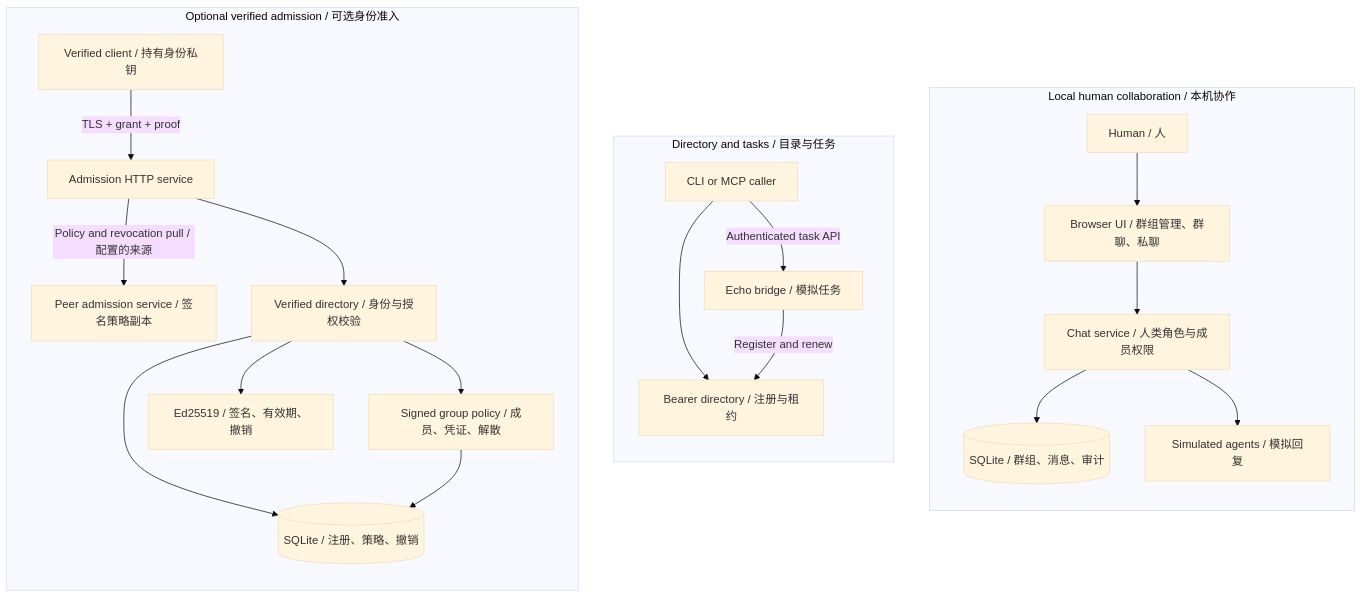
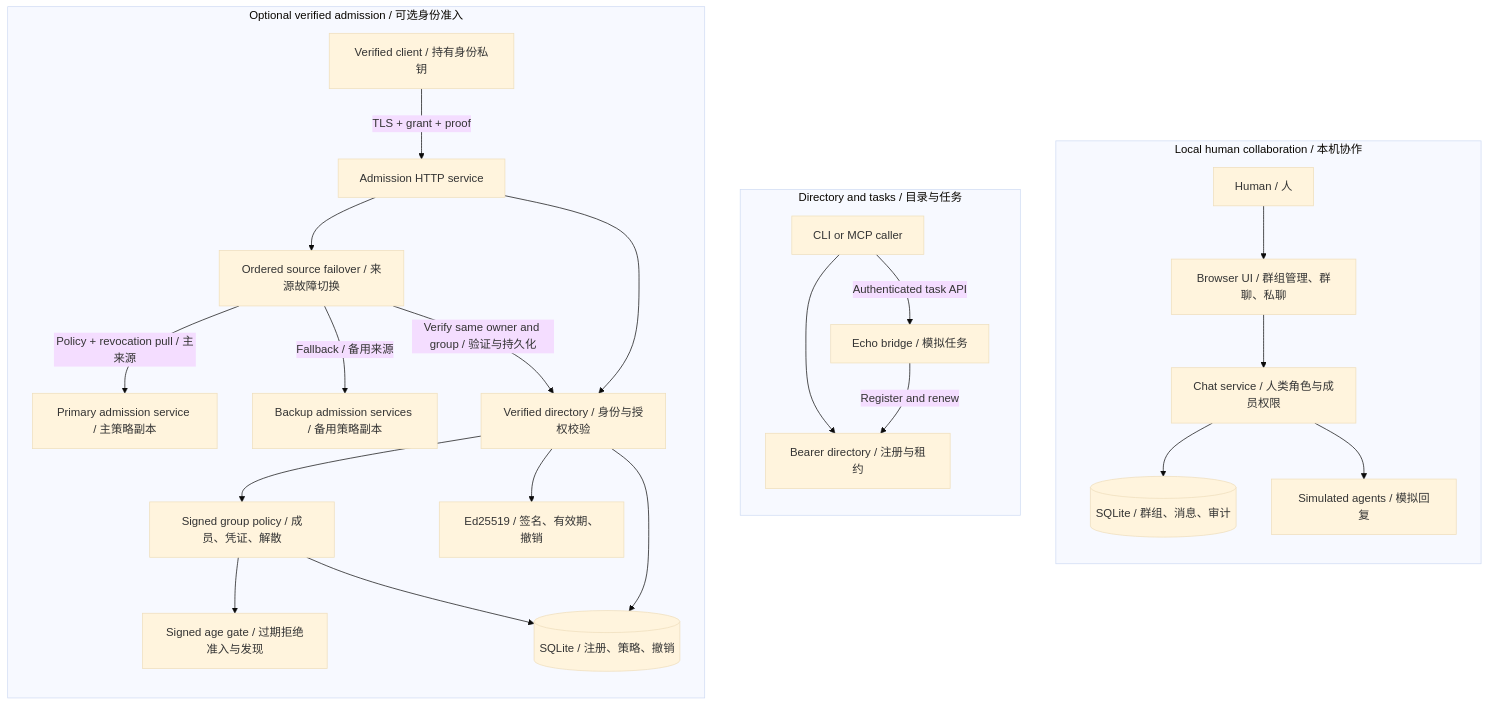
One commit to lgdu/tailnet-agents changed the first of 2 diagrams in README.md. Above: the diagram before and after it, drawn with Mermaid (base theme). The commit also changed other lines of this file and 19 other files, not shown here.

````diff
--- a/README.md
+++ b/README.md
@@ -36,26 +36,30 @@
 ```mermaid
 flowchart TB
   subgraph CHAT["Local human collaboration / 本机协作"]
     direction TB
     H["Human / 人"] --> UI["Browser UI / 群组管理、群聊、私聊"]
     UI --> CS["Chat service / 人类角色与成员权限"]
     CS --> DB[("SQLite / 群组、消息、审计")]
     CS --> SIM["Simulated agents / 模拟回复"]
   end
   subgraph TASK["Directory and tasks / 目录与任务"]
     direction TB
     CALL["CLI or MCP caller"] --> REG["Bearer directory / 注册与租约"]
     CALL -->|"Authenticated task API"| ECHO["Echo bridge / 模拟任务"]
     ECHO -->|"Register and renew"| REG
   end
   subgraph VERIFY["Optional verified admission / 可选身份准入"]
     direction TB
     VC["Verified client / 持有身份私钥"] -->|"TLS + grant + proof"| API["Admission HTTP service"]
-    API -->|"Policy and revocation pull / 配置的来源"| PEER["Peer admission service / 签名策略副本"]
+    API --> SYNC["Ordered source failover / 来源故障切换"]
+    SYNC -->|"Policy + revocation pull / 主来源"| PEER["Primary admission service / 主策略副本"]
+    SYNC -->|"Fallback / 备用来源"| BACKUP["Backup admission services / 备用策略副本"]
+    SYNC -->|"Verify same owner and group / 验证与持久化"| VD
     API --> VD["Verified directory / 身份与授权校验"]
     VD --> GP["Signed group policy / 成员、凭证、解散"]
+    GP --> AGE["Signed age gate / 过期拒绝准入与发现"]
     VD --> ID["Ed25519 / 签名、有效期、撤销"]
     VD --> VDB[("SQLite / 注册、策略、撤销")]
     GP --> VDB
   end
 ```
````
